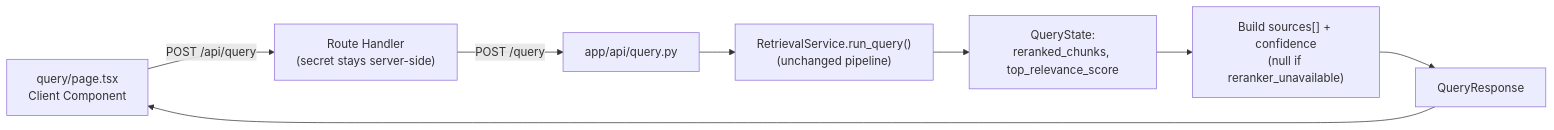
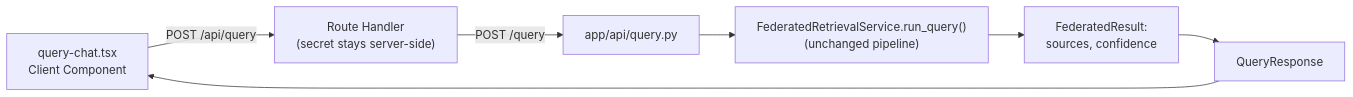
Diagram 20 of 30 in knowledge-brain/docs/INTERVIEW_PREP.md (NavdeepTU/genai_projects), drawn with Mermaid before and after one commit. The commit also changed other lines of this file and 29 other files, not shown here.

````diff
--- a/knowledge-brain/docs/INTERVIEW_PREP.md
+++ b/knowledge-brain/docs/INTERVIEW_PREP.md
@@ -1947,10 +1947,9 @@
 ```mermaid
 flowchart LR
-    UI["query/page.tsx<br/>Client Component"] -->|"POST /api/query"| PROXY["Route Handler<br/>(secret stays server-side)"]
+    UI["query-chat.tsx<br/>Client Component"] -->|"POST /api/query"| PROXY["Route Handler<br/>(secret stays server-side)"]
     PROXY -->|"POST /query"| API["app/api/query.py"]
-    API --> RUN["RetrievalService.run_query()<br/>(unchanged pipeline)"]
-    RUN --> STATE["QueryState:<br/>reranked_chunks, top_relevance_score"]
-    STATE --> BUILD["Build sources[] + confidence<br/>(null if reranker_unavailable)"]
-    BUILD --> RESP["QueryResponse"]
+    API --> RUN["FederatedRetrievalService.run_query()<br/>(unchanged pipeline)"]
+    RUN --> STATE["FederatedResult:<br/>sources, confidence"]
+    STATE --> RESP["QueryResponse"]
     RESP --> UI
 ```
````
